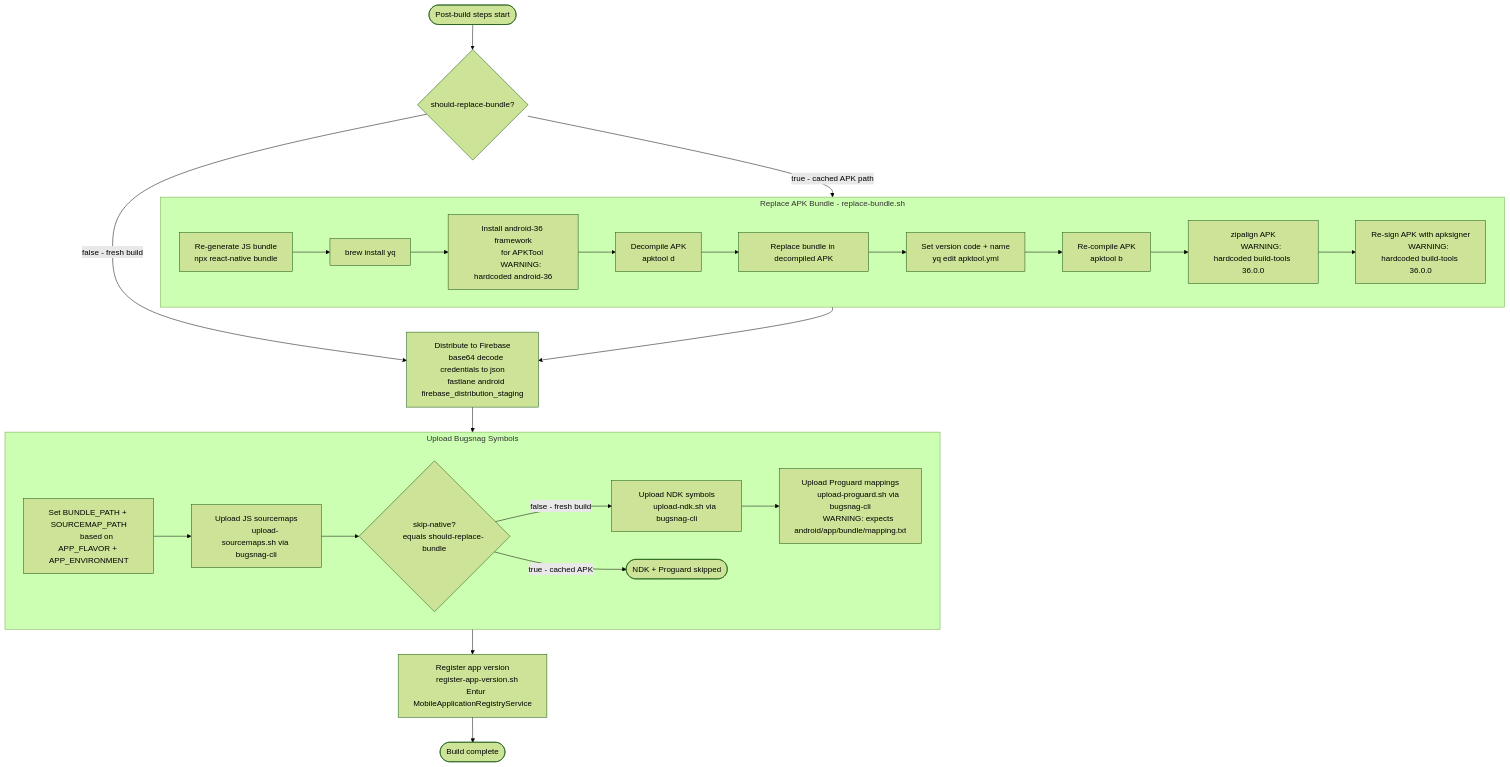
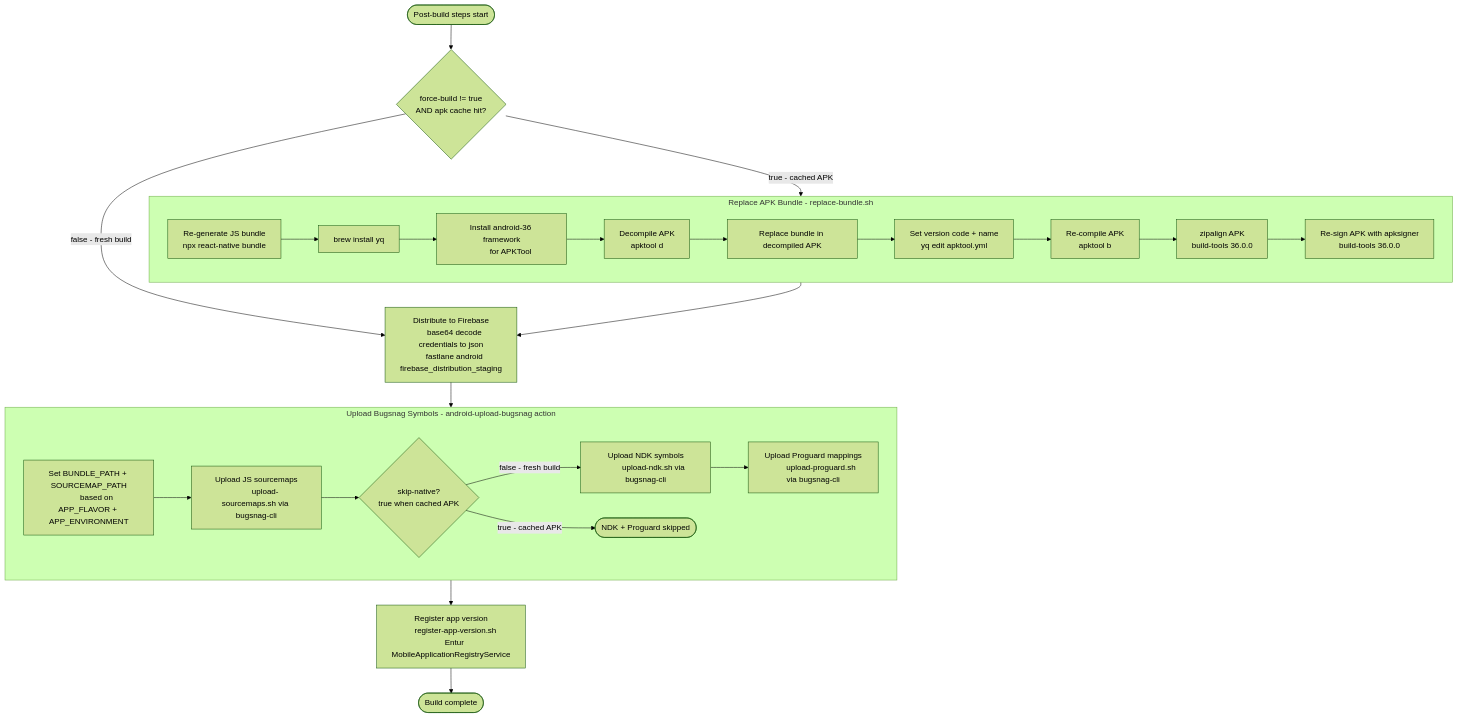
Before and after one commit to AtB-AS/mittatb-app: the fourth of 6 diagrams in docs/android-build-staging-graph.md, drawn with Mermaid (forest theme). The commit also changed other lines of this file and 4 other files, not shown here.

Commit message:
tidy-up android build and add documentation

````diff
--- a/docs/android-build-staging-graph.md
+++ b/docs/android-build-staging-graph.md
@@ -209,66 +215,65 @@
 ```mermaid
 flowchart TD
     start(["Post-build steps start"])
 
-    start --> replace_check{"should-replace-bundle?"}
+    start --> replace_check{"force-build != true
+    AND apk cache hit?"}
 
-    replace_check -- "true - cached APK path" --> replace_bundle
+    replace_check -- "true - cached APK" --> replace_bundle
     replace_check -- "false - fresh build" --> firebase
 
     subgraph replace_bundle ["Replace APK Bundle - replace-bundle.sh"]
         rb_bundle["Re-generate JS bundle
         npx react-native bundle"]
         rb_yq["brew install yq"]
         rb_framework["Install android-36 framework
-        for APKTool
-        WARNING: hardcoded android-36"]
+        for APKTool"]
         rb_decompile["Decompile APK
         apktool d"]
         rb_replace["Replace bundle in decompiled APK"]
         rb_version["Set version code + name
         yq edit apktool.yml"]
         rb_recompile["Re-compile APK
         apktool b"]
         rb_align["zipalign APK
-        WARNING: hardcoded build-tools 36.0.0"]
+        build-tools 36.0.0"]
         rb_sign["Re-sign APK with apksigner
-        WARNING: hardcoded build-tools 36.0.0"]
+        build-tools 36.0.0"]
 
         rb_bundle --> rb_yq --> rb_framework --> rb_decompile
         rb_decompile --> rb_replace --> rb_version
         rb_version --> rb_recompile --> rb_align --> rb_sign
     end
 
     replace_bundle --> firebase
 
     firebase["Distribute to Firebase
     base64 decode credentials to json
     fastlane android firebase_distribution_staging"]
 
     firebase --> bugsnag_upload
 
-    subgraph bugsnag_upload ["Upload Bugsnag Symbols"]
+    subgraph bugsnag_upload ["Upload Bugsnag Symbols - android-upload-bugsnag action"]
         bs_set["Set BUNDLE_PATH + SOURCEMAP_PATH
         based on APP_FLAVOR + APP_ENVIRONMENT"]
         bs_sourcemaps["Upload JS sourcemaps
         upload-sourcemaps.sh via bugsnag-cli"]
         bs_native_check{"skip-native?
-        equals should-replace-bundle"}
+        true when cached APK"}
         bs_ndk["Upload NDK symbols
         upload-ndk.sh via bugsnag-cli"]
         bs_proguard["Upload Proguard mappings
-        upload-proguard.sh via bugsnag-cli
-        WARNING: expects android/app/bundle/mapping.txt"]
+        upload-proguard.sh via bugsnag-cli"]
         bs_skip_native(["NDK + Proguard skipped"])
 
         bs_set --> bs_sourcemaps --> bs_native_check
         bs_native_check -- "false - fresh build" --> bs_ndk --> bs_proguard
         bs_native_check -- "true - cached APK" --> bs_skip_native
     end
 
     bugsnag_upload --> register["Register app version
     register-app-version.sh
     Entur MobileApplicationRegistryService"]
 
     register --> done(["Build complete"])
 ```
````
